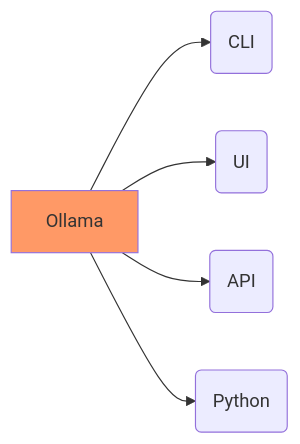
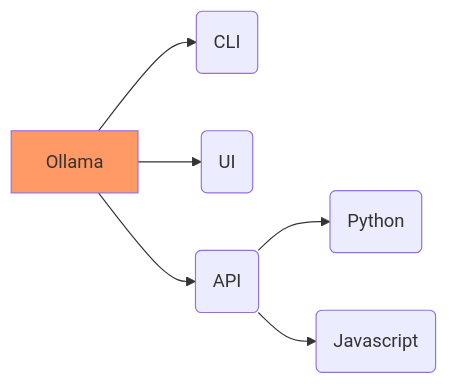
One commit to ati-ozgur/kurs-ollama changed the diagram in diagrams/ollama-applications.md. Above: the diagram before and after it, drawn with Mermaid.

Commit message:
figure changed

````diff
--- a/diagrams/ollama-applications.md
+++ b/diagrams/ollama-applications.md
@@ -1,10 +1,11 @@
 ```{mermaid}
-%%| fig-width: 7
+%%| fig-width: 2
 flowchart LR
     O[Ollama] --> C(CLI)
-    O[Ollama] --> UI(UI)
-    O[Ollama] --> A(API)
-    O[Ollama] --> P(Python)
+    O --> UI(UI)
+    O --> A(API)
+    A --> P(Python)
+    A --> JS(Javascript)
 
     style O fill:#f96
 ```
````
